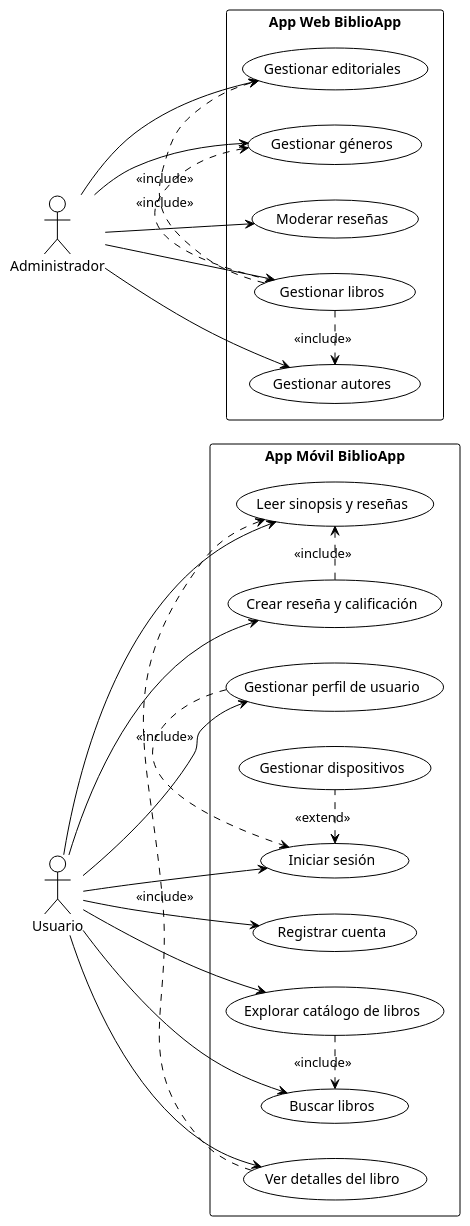
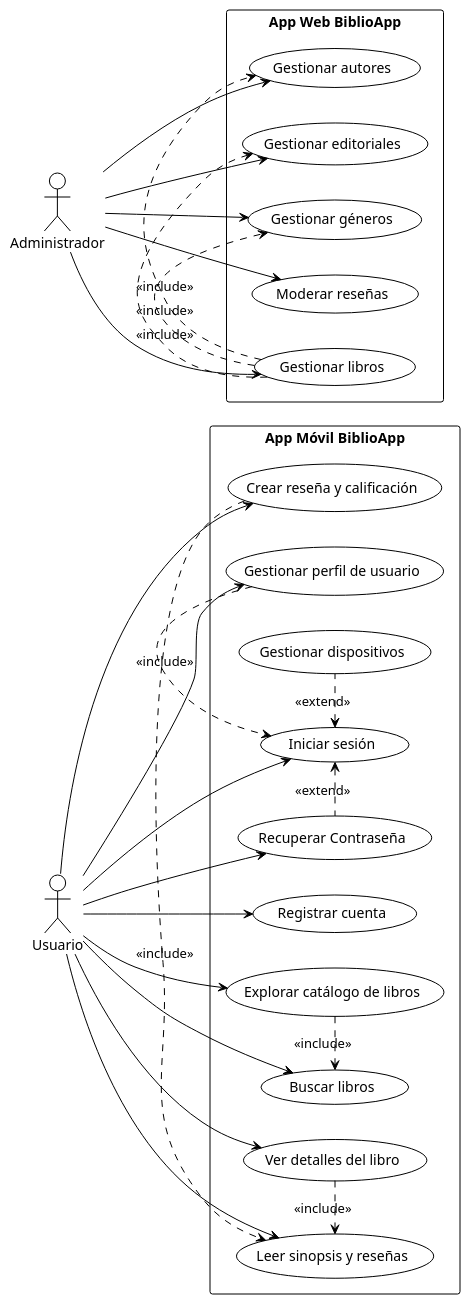
One commit to pepeul1191/pm2025-2 changed the diagram in docs/use_cases.puml. Above: the diagram before and after it, drawn with PlantUML. The commit also changed 34 other files, not shown here.

```diff
--- a/docs/use_cases.puml
+++ b/docs/use_cases.puml
@@ -1,56 +1,59 @@
 @startuml
 !theme plain
 
 left to right direction
 
 actor "Usuario" as User
 actor "Administrador" as Admin
 
 rectangle "App Móvil BiblioApp" {
   usecase "Registrar cuenta" as UC1
   usecase "Iniciar sesión" as UC2
   usecase "Explorar catálogo de libros" as UC3
   usecase "Buscar libros" as UC4
   usecase "Ver detalles del libro" as UC5
   usecase "Leer sinopsis y reseñas" as UC6
   usecase "Crear reseña y calificación" as UC7
   usecase "Gestionar perfil de usuario" as UC8
   usecase "Gestionar dispositivos" as UC9
+  usecase "Recuperar Contraseña" as UC15
 }
 
 rectangle "App Web BiblioApp" {
   usecase "Gestionar libros" as UC10
   usecase "Gestionar autores" as UC11
   usecase "Gestionar editoriales" as UC12
   usecase "Gestionar géneros" as UC13
   usecase "Moderar reseñas" as UC14
 }
 
 ' Relaciones del Usuario
 User --> UC1
 User --> UC2
 User --> UC3
 User --> UC4
 User --> UC5
 User --> UC6
 User --> UC7
 User --> UC8
+User --> UC15
 
 ' Relaciones del Administrador
 Admin --> UC10
 Admin --> UC11
 Admin --> UC12
 Admin --> UC13
 Admin --> UC14
 
 ' Conexiones entre casos de uso
 UC3 .> UC4 : <<include>>
 UC5 .> UC6 : <<include>>
 UC7 .> UC6 : <<include>>
 UC8 .> UC2 : <<include>>
 UC10 .> UC11 : <<include>>
 UC10 .> UC12 : <<include>>
 UC10 .> UC13 : <<include>>
 UC2 <. UC9 : <<extend>>
+UC2 <. UC15 : <<extend>>
 
 @enduml
```
